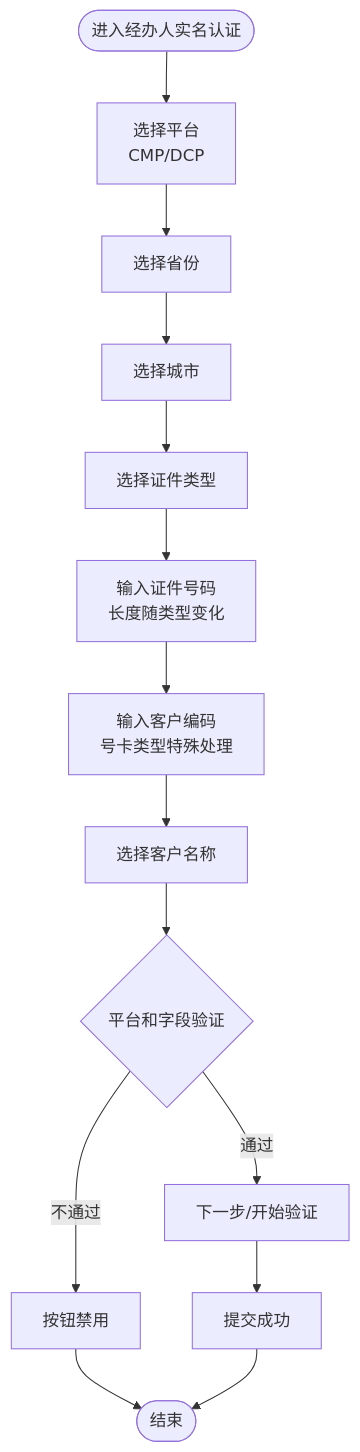
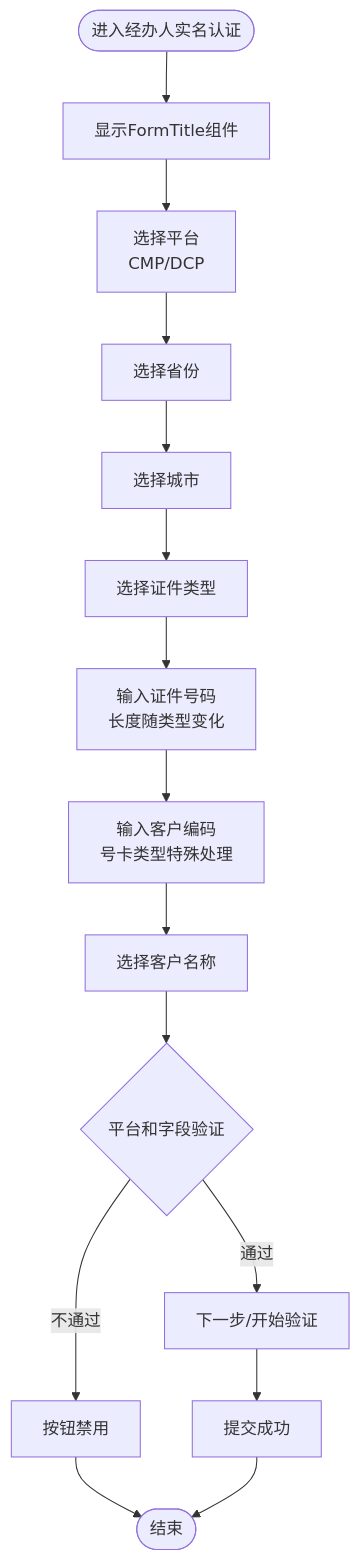
Diagram 12 of 13 in .qoder/repowiki/zh/content/页面组件.md (zuolinbao/redbook), drawn with Mermaid before and after one commit. The commit also changed other lines of this file and 10 other files, not shown here.

````diff
--- a/.qoder/repowiki/zh/content/页面组件.md
+++ b/.qoder/repowiki/zh/content/页面组件.md
@@ -459,16 +527,17 @@
 ```mermaid
 flowchart TD
-Start(["进入经办人实名认证"]) --> PlatformSelect["选择平台<br/>CMP/DCP"]
+Start(["进入经办人实名认证"]) --> FormTitle["显示FormTitle组件"]
+FormTitle --> PlatformSelect["选择平台<br/>CMP/DCP"]
 PlatformSelect --> ProvinceSelect["选择省份"]
 ProvinceSelect --> CitySelect["选择城市"]
 CitySelect --> CardType["选择证件类型"]
 CardType --> CardNum["输入证件号码<br/>长度随类型变化"]
 CardNum --> CustomerCode["输入客户编码<br/>号卡类型特殊处理"]
 CustomerCode --> CustomerName["选择客户名称"]
 CustomerName --> Validate{"平台和字段验证"}
 Validate --> |通过| Next["下一步/开始验证"]
 Validate --> |不通过| Disabled["按钮禁用"]
 Next --> Success["提交成功"]
 Disabled --> End(["结束"])
 Success --> End
 ```
````
